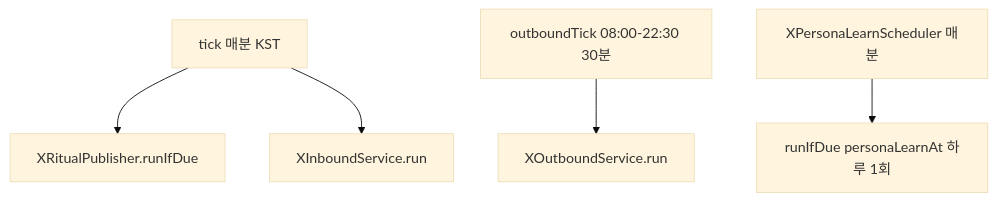
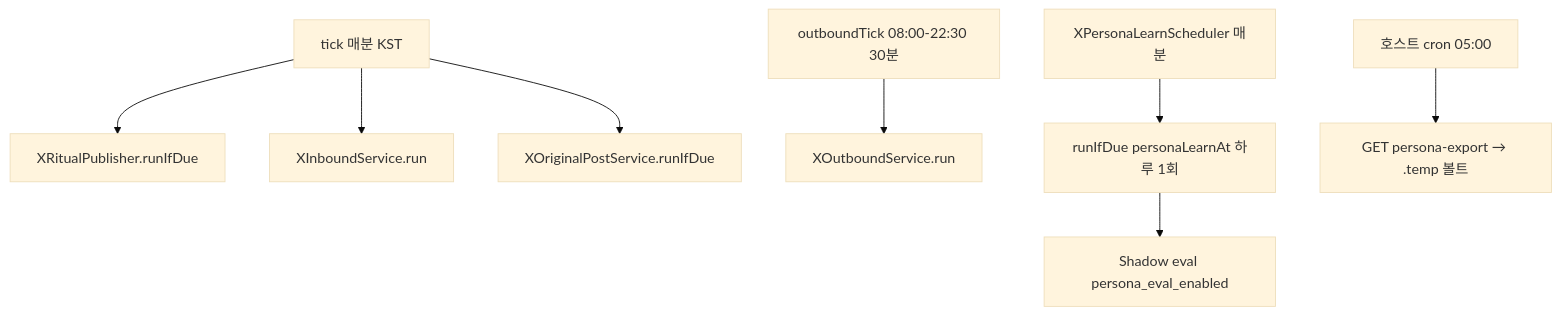
The diagram in docs/shared/marketing/70-policy/justant-bot-x-ops.md (Justant-source/Again-Spring), drawn with Mermaid (base theme) before and after one commit. The commit also changed other lines of this file and 53 other files, not shown here.

````diff
--- a/docs/shared/marketing/70-policy/justant-bot-x-ops.md
+++ b/docs/shared/marketing/70-policy/justant-bot-x-ops.md
@@ -67,7 +72,10 @@
 ```mermaid
 flowchart TD
   tick["tick 매분 KST"] --> ritual["XRitualPublisher.runIfDue"]
   tick --> inbound["XInboundService.run"]
+  tick --> original["XOriginalPostService.runIfDue"]
   outTick["outboundTick 08:00-22:30 30분"] --> outbound["XOutboundService.run"]
   learnTick["XPersonaLearnScheduler 매분"] --> learn["runIfDue personaLearnAt 하루 1회"]
+  learn --> eval["Shadow eval persona_eval_enabled"]
+  vaultCron["호스트 cron 05:00"] --> export["GET persona-export → .temp 볼트"]
 ```
````
